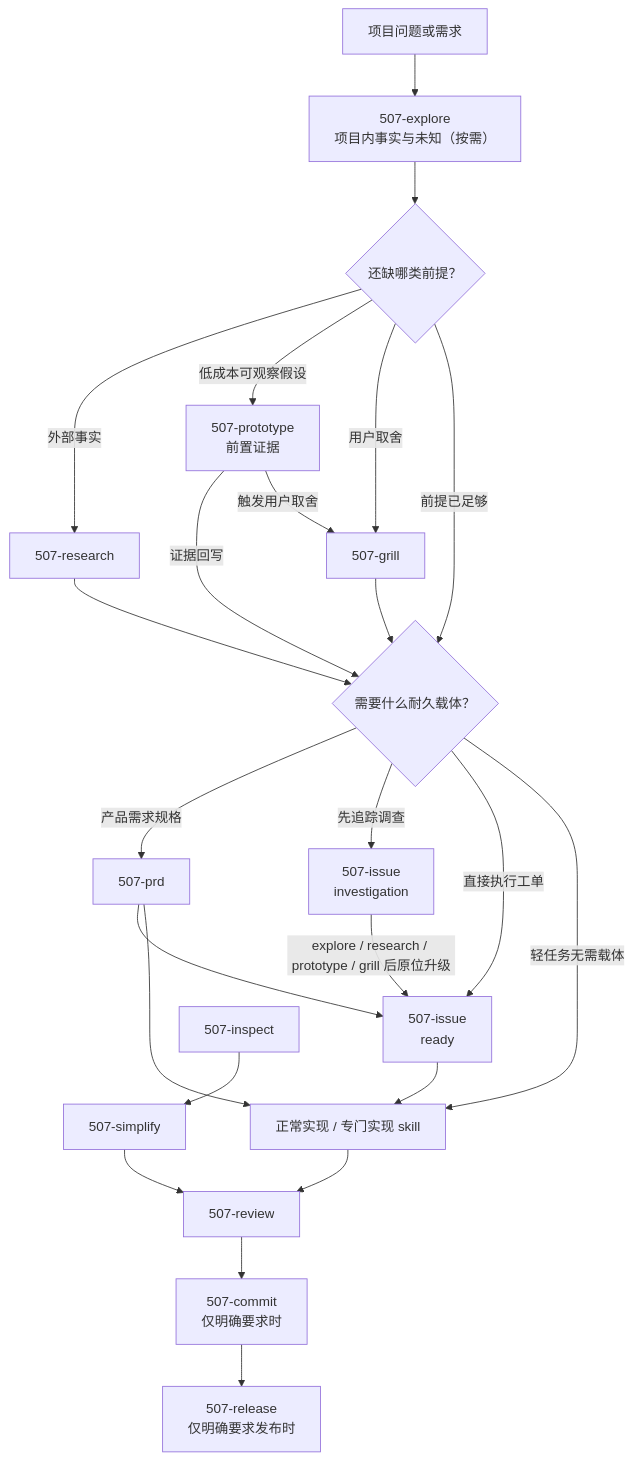
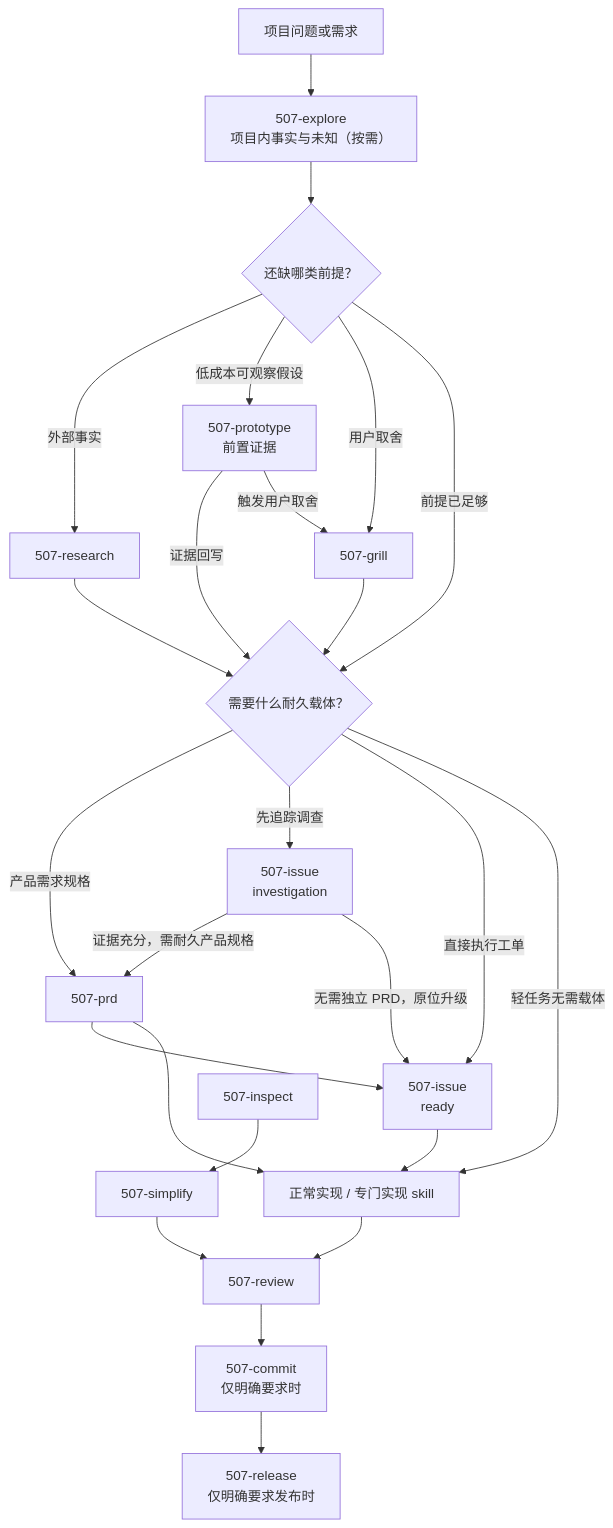
Before and after one commit to ssdiwu/507-skills: the diagram in code/README.md, drawn with Mermaid. The commit also changed other lines of this file and 15 other files, not shown here.

````diff
--- a/code/README.md
+++ b/code/README.md
@@ -7,28 +7,29 @@
 ```mermaid
 flowchart TD
     problem["项目问题或需求"] --> explore["507-explore<br/>项目内事实与未知（按需）"]
     explore --> evidence{"还缺哪类前提？"}
     evidence -->|"外部事实"| research["507-research"]
     evidence -->|"低成本可观察假设"| prototype["507-prototype<br/>前置证据"]
     evidence -->|"用户取舍"| grill["507-grill"]
     evidence -->|"前提已足够"| ready{"需要什么耐久载体？"}
     research --> ready
     prototype -->|"证据回写"| ready
     prototype -->|"触发用户取舍"| grill
     grill --> ready
 
     ready -->|"产品需求规格"| prd["507-prd"]
     ready -->|"先追踪调查"| investigation["507-issue<br/>investigation"]
     ready -->|"直接执行工单"| issue["507-issue<br/>ready"]
     ready -->|"轻任务无需载体"| implement["正常实现 / 专门实现 skill"]
-    investigation -->|"explore / research / prototype / grill 后原位升级"| issue
+    investigation -->|"证据充分，需耐久产品规格"| prd
+    investigation -->|"无需独立 PRD，原位升级"| issue
     prd --> issue
     prd --> implement
     issue --> implement
 
     implement --> review["507-review"]
     review --> commit["507-commit<br/>仅明确要求时"]
     commit --> release["507-release<br/>仅明确要求发布时"]
 
     inspect["507-inspect"] --> simplify["507-simplify"] --> review
 ```
````
